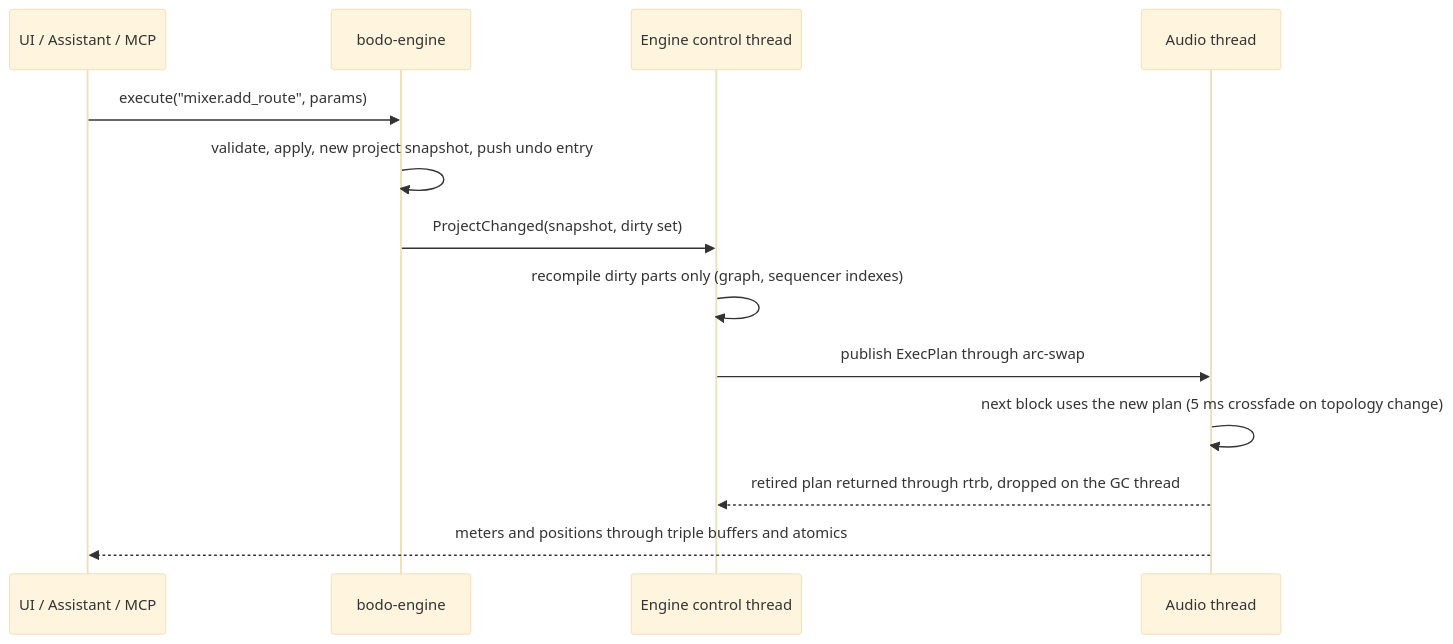
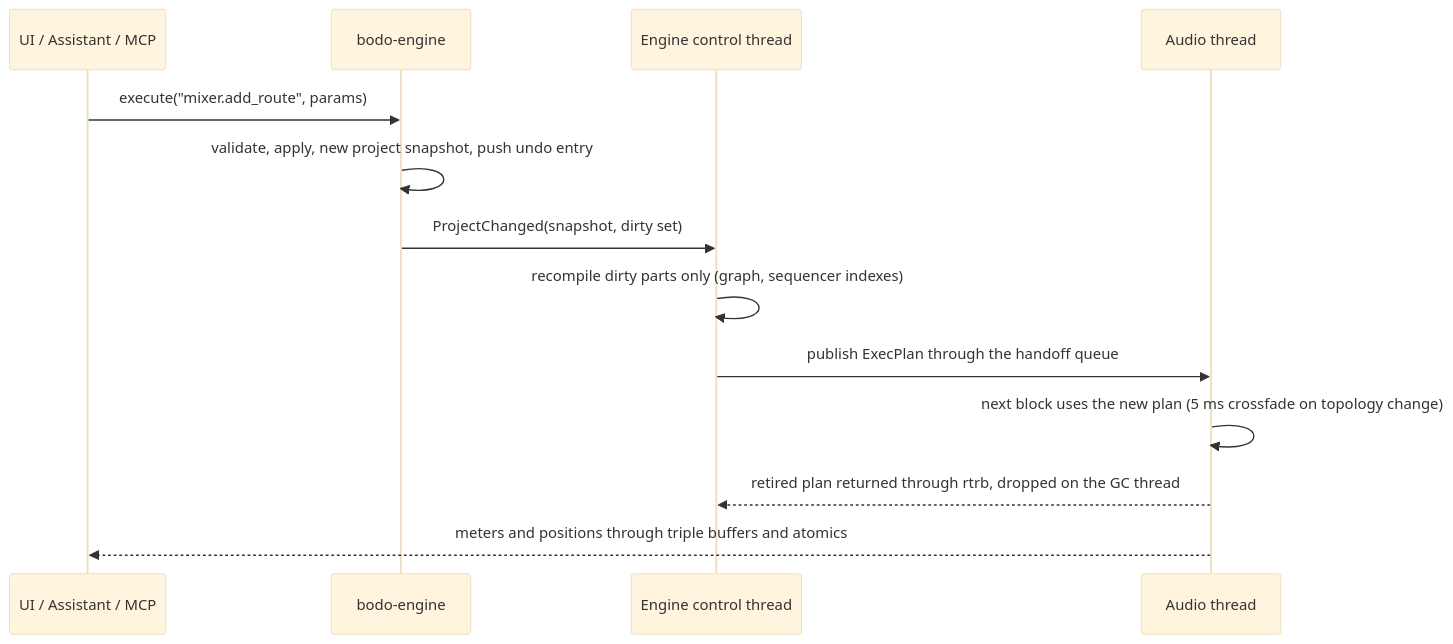
One commit to bodo-audio/bodo changed the second of 2 diagrams in project.md. Above: the diagram before and after it, drawn with Mermaid (base theme). The commit also changed other lines of this file and 4 other files, not shown here.

````diff
--- a/project.md
+++ b/project.md
@@ -408,15 +407,15 @@
 ```mermaid
 sequenceDiagram
   participant C as UI / Assistant / MCP
   participant E as bodo-engine
   participant K as Engine control thread
   participant A as Audio thread
   C->>E: execute("mixer.add_route", params)
   E->>E: validate, apply, new project snapshot, push undo entry
   E->>K: ProjectChanged(snapshot, dirty set)
   K->>K: recompile dirty parts only (graph, sequencer indexes)
-  K->>A: publish ExecPlan through arc-swap
+  K->>A: publish ExecPlan through the handoff queue
   A->>A: next block uses the new plan (5 ms crossfade on topology change)
   A-->>K: retired plan returned through rtrb, dropped on the GC thread
   A-->>C: meters and positions through triple buffers and atomics
 ```
````
